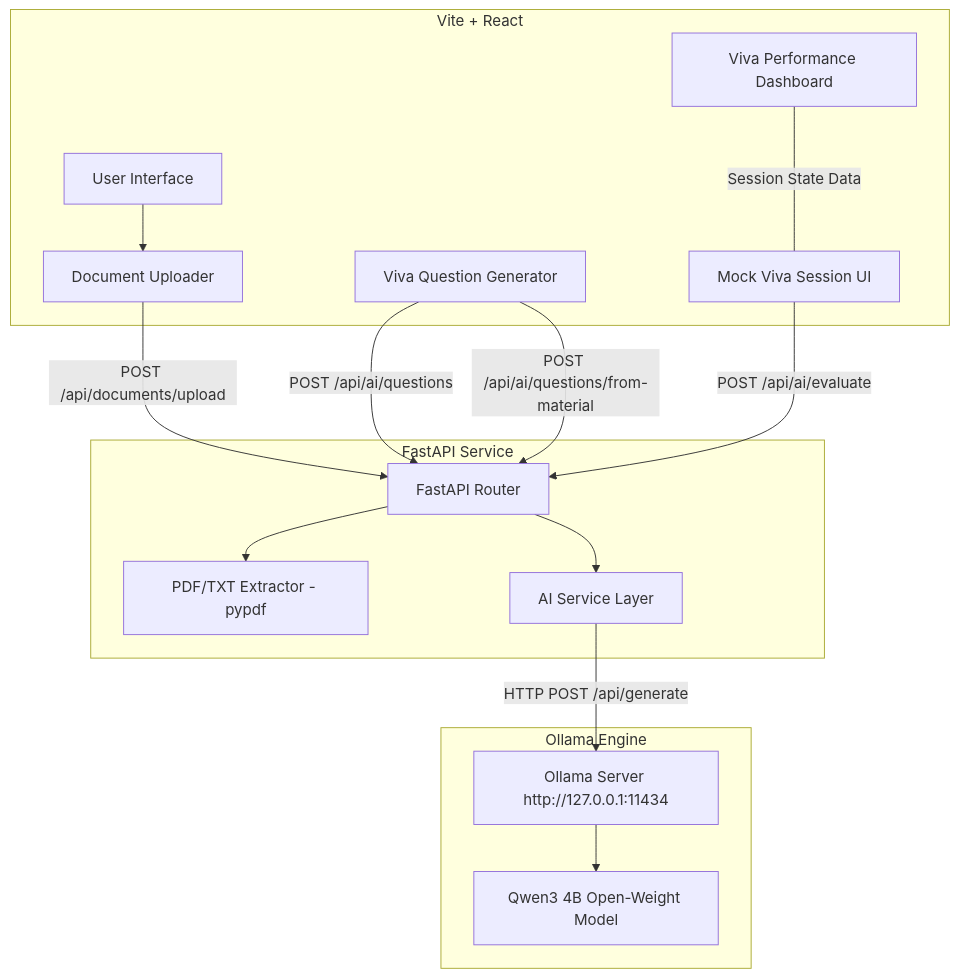
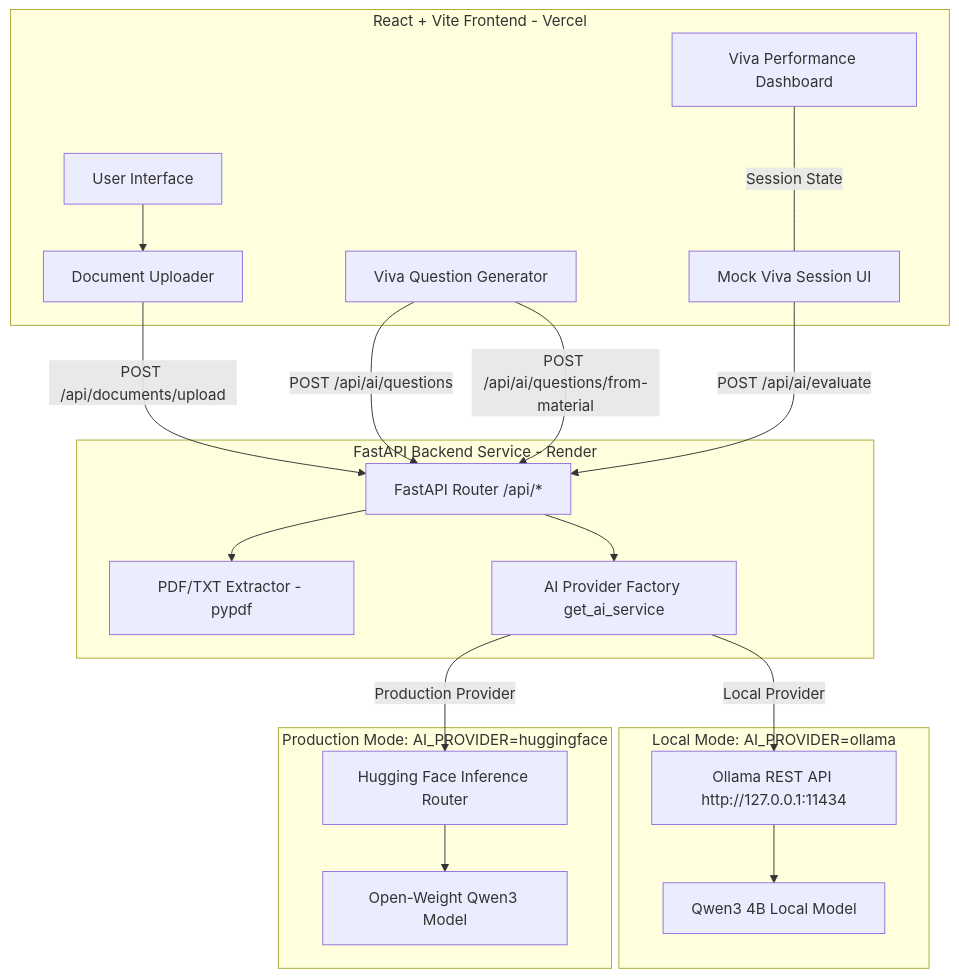
The diagram in README.md (anmolchaudhary617-ux/VivaMate), drawn with Mermaid before and after one commit. The commit also changed other lines of this file and 12 other files, not shown here.

Commit message:
Add production AI provider and deployment config

````diff
--- a/README.md
+++ b/README.md
@@ -55,33 +61,43 @@
 ```mermaid
 flowchart TD
-    subgraph Frontend [Vite + React]
+    subgraph Frontend [React + Vite Frontend - Vercel]
         UI[User Interface]
         DocUp[Document Uploader]
         GenComp[Viva Question Generator]
         MockViva[Mock Viva Session UI]
         Report[Viva Performance Dashboard]
     end
 
-    subgraph Backend [FastAPI Service]
-        API[FastAPI Router]
+    subgraph Backend [FastAPI Backend Service - Render]
+        API[FastAPI Router /api/*]
         DocService[PDF/TXT Extractor - pypdf]
-        AIService[AI Service Layer]
+        Factory[AI Provider Factory get_ai_service]
     end
 
-    subgraph LocalAI [Ollama Engine]
-        Ollama[Ollama Server http://127.0.0.1:11434]
-        Model[Qwen3 4B Open-Weight Model]
+    subgraph LocalMode [Local Mode: AI_PROVIDER=ollama]
+        Ollama[Ollama REST API http://127.0.0.1:11434]
+        QwenLocal[Qwen3 4B Local Model]
+    end
+
+    subgraph ProdMode [Production Mode: AI_PROVIDER=huggingface]
+        HFRouter[Hugging Face Inference Router]
+        HFModel[Open-Weight Qwen3 Model]
     end
 
     UI --> DocUp
     DocUp -->|POST /api/documents/upload| API
     GenComp -->|POST /api/ai/questions| API
     GenComp -->|POST /api/ai/questions/from-material| API
     MockViva -->|POST /api/ai/evaluate| API
     
     API --> DocService
-    API --> AIService
-    AIService -->|HTTP POST /api/generate| Ollama
-    Ollama --> Model
-    Report <---|Session State Data| MockViva
+    API --> Factory
+    
+    Factory -->|Local Provider| Ollama
+    Ollama --> QwenLocal
+    
+    Factory -->|Production Provider| HFRouter
+    HFRouter --> HFModel
+
+    Report <---|Session State| MockViva
 ```
````
